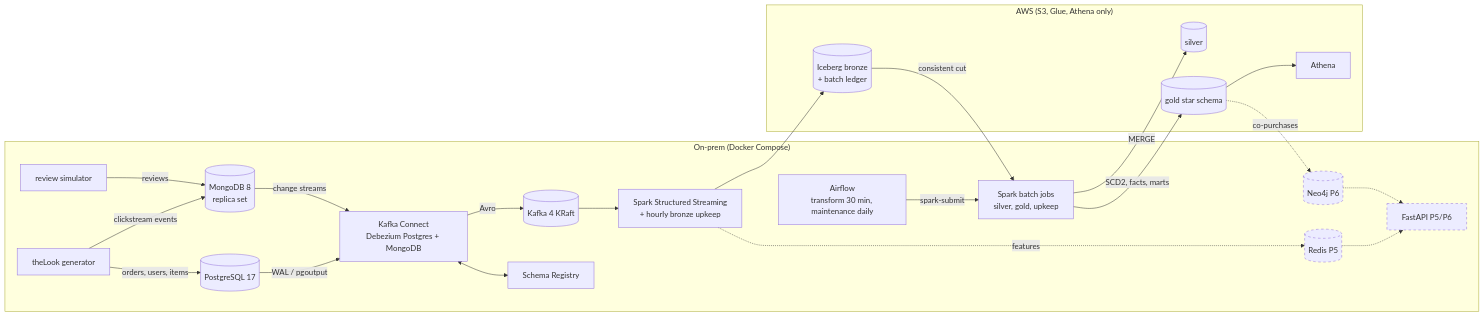
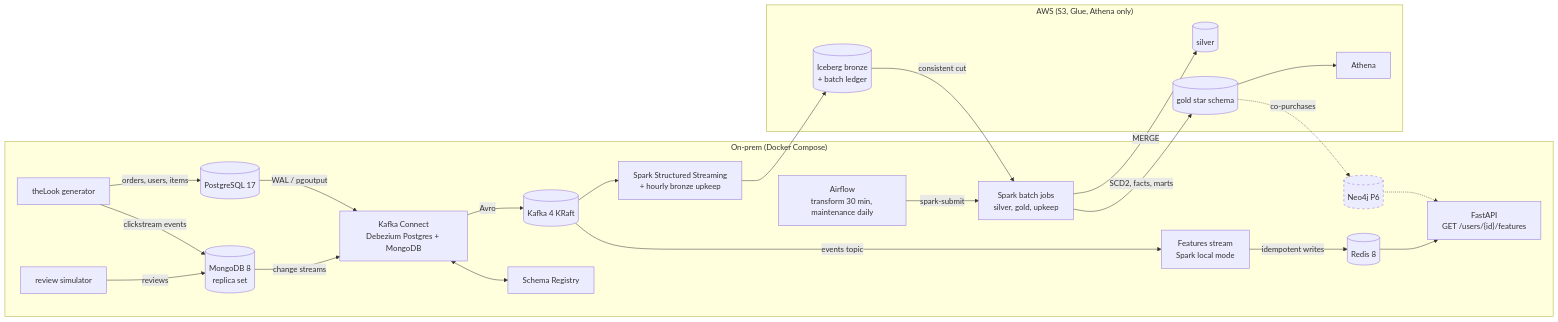
One commit to SouhailBourhim/TheLook_CDC_LakeHouse changed the diagram in README.md. Above: the diagram before and after it, drawn with Mermaid. The commit also changed other lines of this file and 3 other files, not shown here.

````diff
--- a/README.md
+++ b/README.md
@@ -19,35 +21,37 @@
 ```mermaid
 flowchart LR
   subgraph onprem["On-prem (Docker Compose)"]
     gen[theLook generator] -->|orders, users, items| pg[(PostgreSQL 17)]
     gen -->|clickstream events| mongo[(MongoDB 8<br/>replica set)]
     rev[review simulator] -->|reviews| mongo
     pg -->|WAL / pgoutput| connect[Kafka Connect<br/>Debezium Postgres + MongoDB]
     mongo -->|change streams| connect
     connect -->|Avro| kafka[(Kafka 4 KRaft)]
     connect <--> sr[Schema Registry]
     spark[Spark Structured Streaming<br/>+ hourly bronze upkeep]
     batch[Spark batch jobs<br/>silver, gold, upkeep]
     airflow[Airflow<br/>transform 30 min, maintenance daily] -->|spark-submit| batch
-    redis[(Redis P5)]:::planned
+    features[Features stream<br/>Spark local mode]
+    redis[(Redis 8)]
     neo[(Neo4j P6)]:::planned
-    api[FastAPI P5/P6]:::planned
+    api["FastAPI<br/>GET /users/{id}/features"]
     kafka --> spark
-    spark -.->|features| redis
-    redis -.-> api
+    kafka -->|events topic| features
+    features -->|idempotent writes| redis
+    redis --> api
     neo -.-> api
   end
   subgraph aws["AWS (S3, Glue, Athena only)"]
     bronze[(Iceberg bronze<br/>+ batch ledger)]
     silver[(silver)]
     gold[(gold star schema)]
     athena[Athena]
   end
   spark --> bronze
   bronze -->|consistent cut| batch
   batch -->|MERGE| silver
   batch -->|SCD2, facts, marts| gold
   gold --> athena
   gold -.->|co-purchases| neo
   classDef planned stroke-dasharray: 5 5
 ```
````
